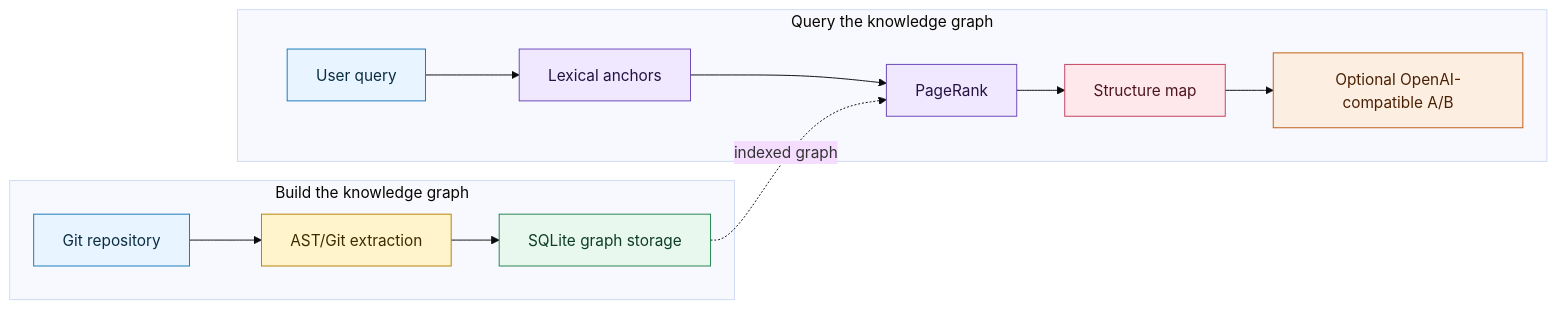
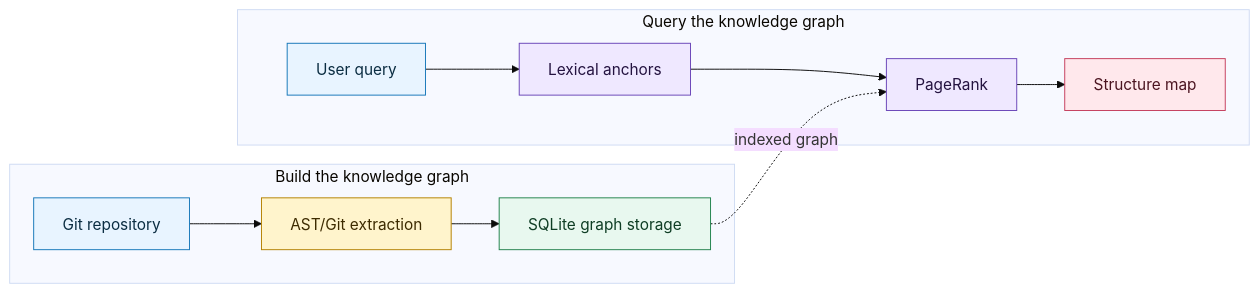
Before and after one commit to dzlab/dzlab.github.io: the diagram in _posts/2026-08-30-building-code-knowledge-graphs.md, drawn with Mermaid (base theme).

Commit message:
Keep benchmark steps out of production diagram

````diff
--- a/_posts/2026-08-30-building-code-knowledge-graphs.md
+++ b/_posts/2026-08-30-building-code-knowledge-graphs.md
@@ -62,25 +62,23 @@
 ```mermaid
 flowchart LR
     subgraph BUILD["Build the knowledge graph"]
         A[Git repository] --> B[AST/Git extraction] --> C[SQLite graph storage]
     end
 
     subgraph QUERY["Query the knowledge graph"]
-        Q[User query] --> D[Lexical anchors] --> E[PageRank] --> F[Structure map] --> G[Optional OpenAI-compatible A/B]
+        Q[User query] --> D[Lexical anchors] --> E[PageRank] --> F[Structure map]
     end
 
     C -. "indexed graph" .-> E
 
     classDef input fill:#e8f4ff,stroke:#1677b9,color:#0b2d42;
     classDef extraction fill:#fff4cc,stroke:#b58100,color:#3d2b00;
     classDef storage fill:#e8f8ef,stroke:#23834d,color:#0e3d24;
     classDef retrieval fill:#efe8ff,stroke:#6a45b8,color:#241340;
     classDef context fill:#ffe8ec,stroke:#c43e5c,color:#4b1420;
-    classDef llm fill:#fdeee2,stroke:#bf5b17,color:#4a2105;
     class A,Q input;
     class B extraction;
     class C storage;
     class D,E retrieval;
     class F context;
-    class G llm;
 ```
````
